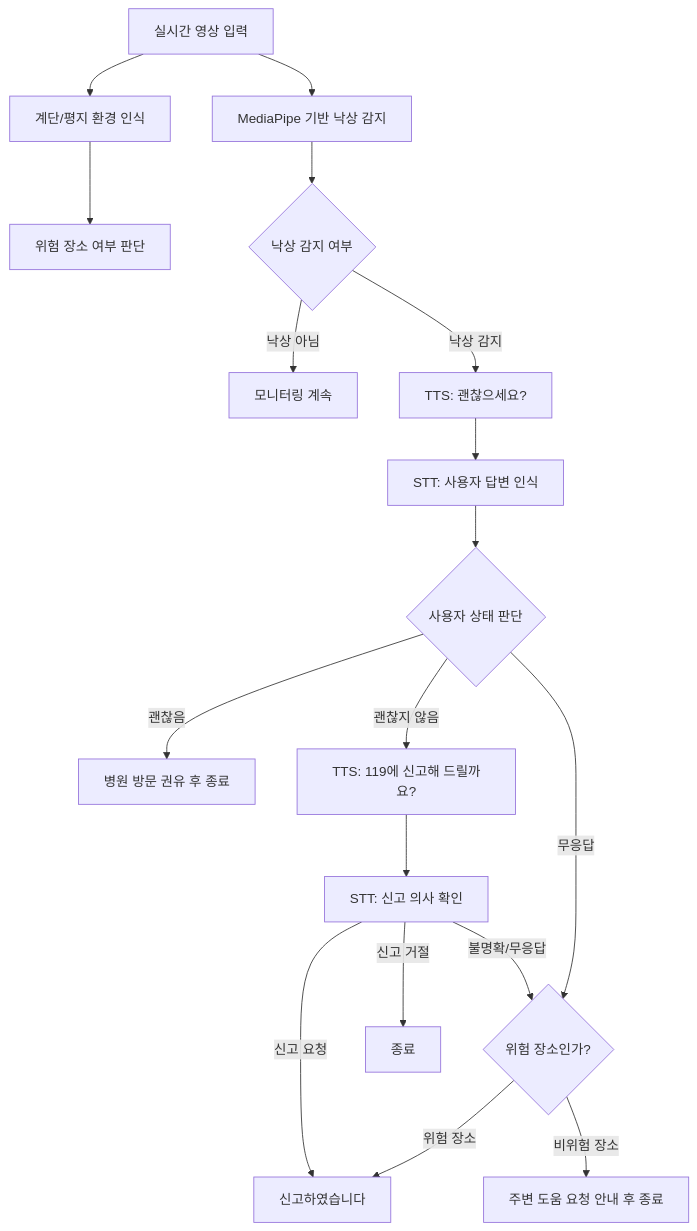
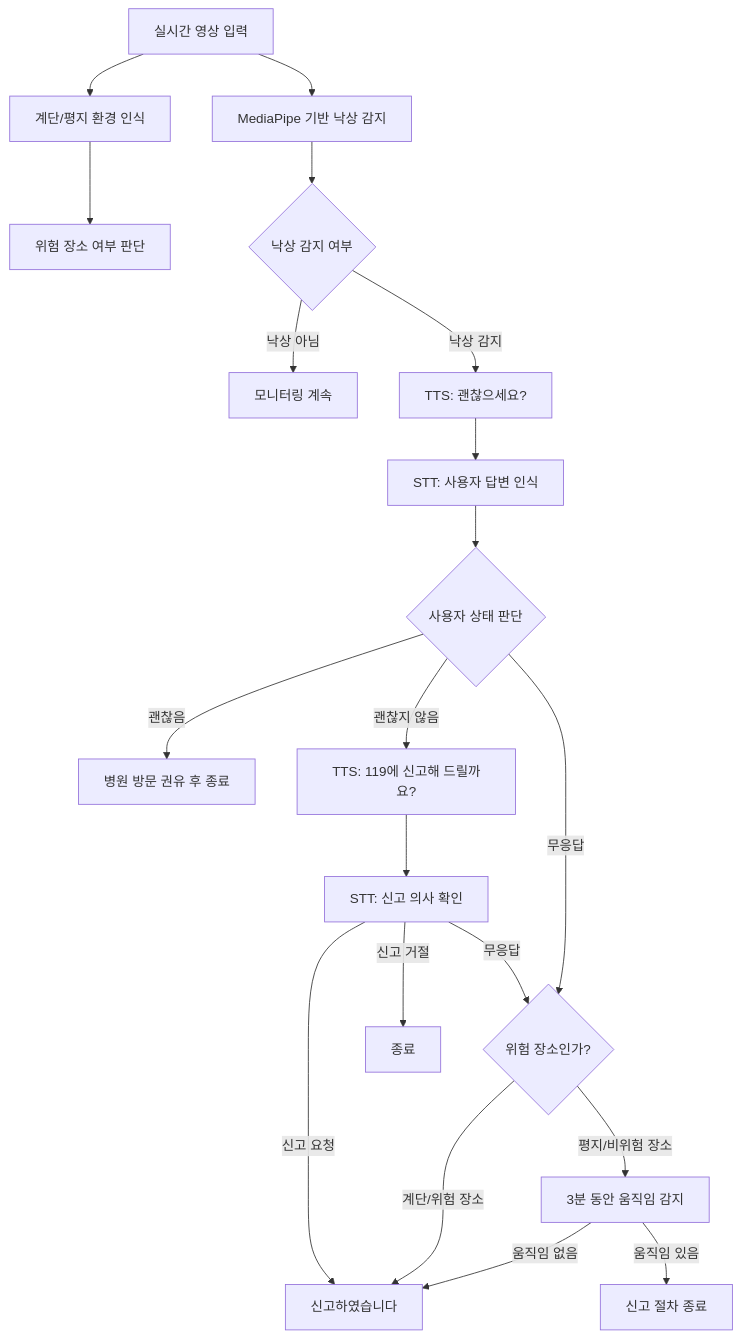
One commit to lce2005/SafeStep changed the diagram in README.md. Above: the diagram before and after it, drawn with Mermaid. The commit also changed other lines of this file and 3 other files, not shown here.

````diff
--- a/README.md
+++ b/README.md
@@ -19,20 +19,22 @@
 ```mermaid
 flowchart TD
     A["실시간 영상 입력"] --> B["계단/평지 환경 인식"]
     A --> C["MediaPipe 기반 낙상 감지"]
     B --> D["위험 장소 여부 판단"]
     C --> E{"낙상 감지 여부"}
     E -->|낙상 아님| F["모니터링 계속"]
     E -->|낙상 감지| G["TTS: 괜찮으세요?"]
     G --> H["STT: 사용자 답변 인식"]
     H --> I{"사용자 상태 판단"}
     I -->|괜찮음| J["병원 방문 권유 후 종료"]
     I -->|괜찮지 않음| K["TTS: 119에 신고해 드릴까요?"]
     I -->|무응답| L{"위험 장소인가?"}
     K --> M["STT: 신고 의사 확인"]
     M -->|신고 요청| N["신고하였습니다"]
     M -->|신고 거절| O["종료"]
-    M -->|불명확/무응답| L
-    L -->|위험 장소| N
-    L -->|비위험 장소| P["주변 도움 요청 안내 후 종료"]
+    M -->|무응답| L
+    L -->|계단/위험 장소| N
+    L -->|평지/비위험 장소| Q["3분 동안 움직임 감지"]
+    Q -->|움직임 없음| N
+    Q -->|움직임 있음| P["신고 절차 종료"]
 ```
````
